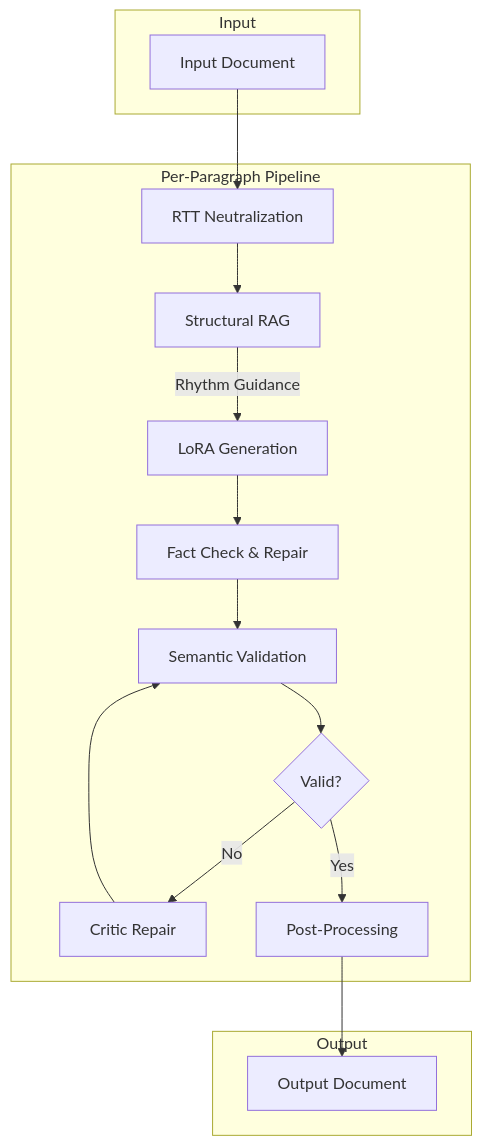
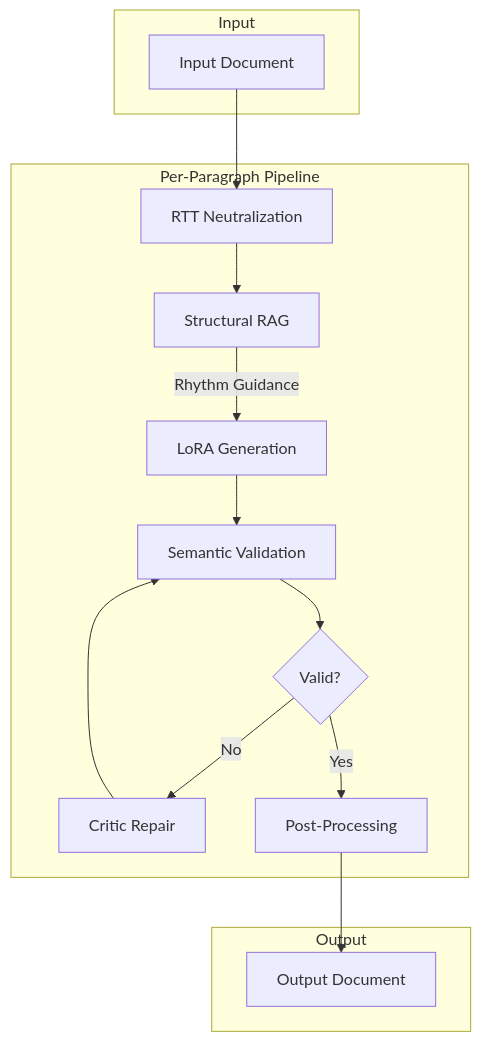
One commit to yogthos/revenant changed the second of 4 diagrams in README.md. Above: the diagram before and after it, drawn with Mermaid. The commit also changed other lines of this file and 18 other files, not shown here.

````diff
--- a/README.md
+++ b/README.md
@@ -299,32 +249,30 @@
 ```mermaid
 flowchart TD
     subgraph Input
         A[Input Document]
     end
 
     subgraph "Per-Paragraph Pipeline"
         B[RTT Neutralization]
         C[Structural RAG]
         D[LoRA Generation]
-        D2[Fact Check & Repair]
         E[Semantic Validation]
         F{Valid?}
         G[Critic Repair]
         H[Post-Processing]
     end
 
     subgraph Output
         I[Output Document]
     end
 
     A --> B
     B --> C
     C -->|Rhythm Guidance| D
-    D --> D2
-    D2 --> E
+    D --> E
     E --> F
     F -->|No| G
     G --> E
     F -->|Yes| H
     H --> I
 ```
````
